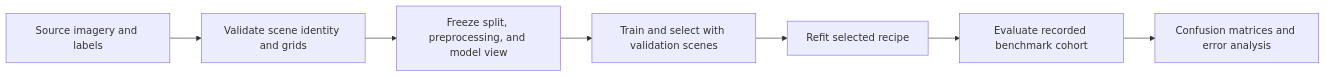
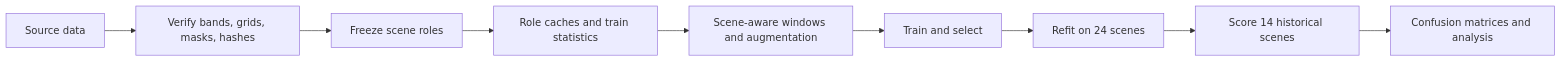
Before and after one commit to damminhtien/deepnet-for-semantic-labeling-photogrammetry: the first of 2 diagrams in README.md, drawn with Mermaid. The commit also changed other lines of this file, not shown here.

````diff
--- a/README.md
+++ b/README.md
@@ -80,9 +89,11 @@
 ```mermaid
 flowchart LR
-    A[Source imagery and labels] --> B[Validate scene identity and grids]
-    B --> C[Freeze split, preprocessing, and model view]
-    C --> D[Train and select with validation scenes]
-    D --> E[Refit selected recipe]
-    E --> F[Evaluate recorded benchmark cohort]
-    F --> G[Confusion matrices and error analysis]
+    A[Source data] --> B[Verify bands, grids, masks, hashes]
+    B --> C[Freeze scene roles]
+    C --> D[Role caches and train statistics]
+    D --> E[Scene-aware windows and augmentation]
+    E --> F[Train and select]
+    F --> G[Refit on 24 scenes]
+    G --> H[Score 14 historical scenes]
+    H --> I[Confusion matrices and analysis]
 ```
````
